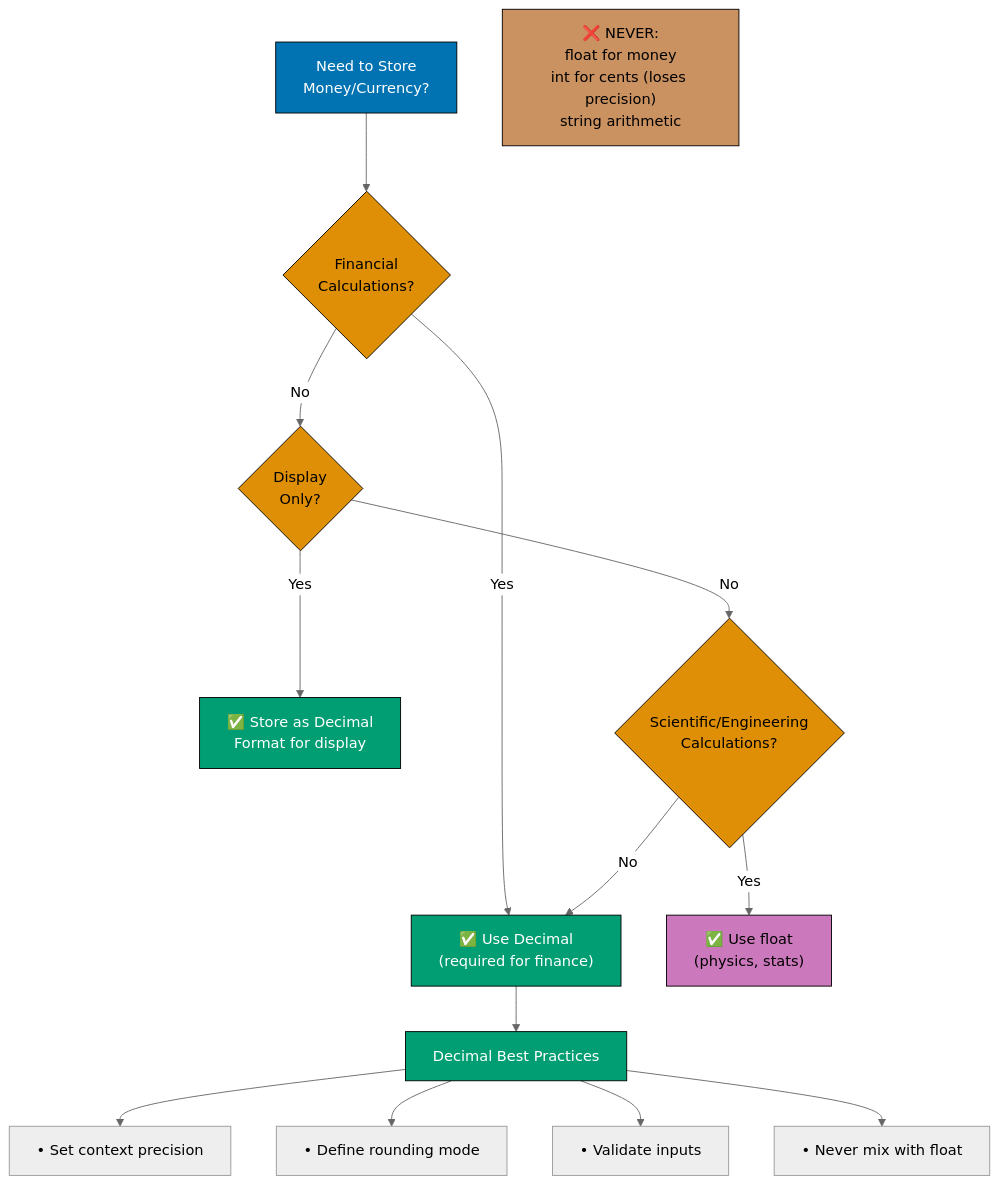
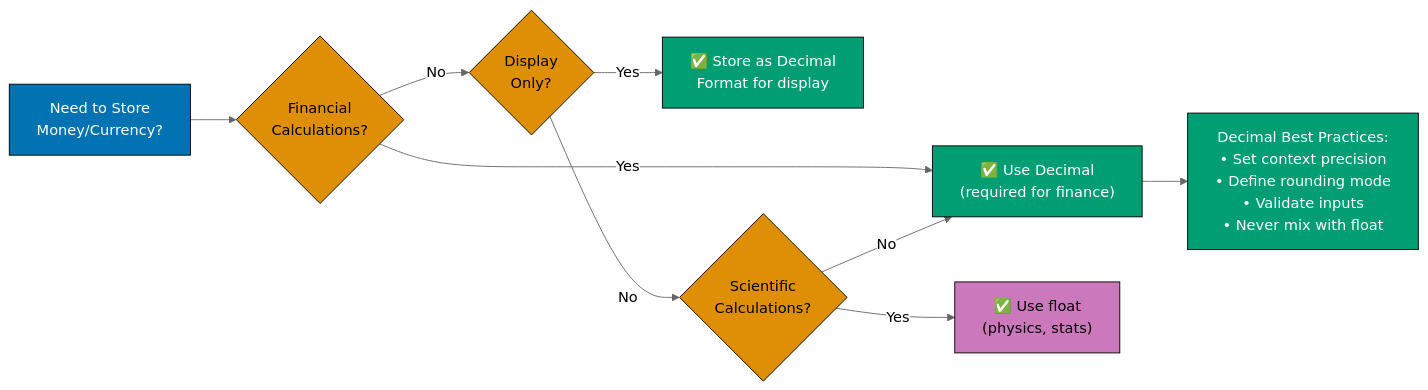
One commit to wahidyankf/open-sharia-enterprise changed the sixth of 6 diagrams in docs/explanation/software-engineering/programming-languages/python/anti-patterns.md. Above: the diagram before and after it, drawn with Mermaid (neutral theme). The commit also changed other lines of this file and 12 other files, not shown here.

First line of the commit message:
fix(docs): fix mermaid violations in python docs

````diff
--- a/docs/explanation/software-engineering/programming-languages/python/anti-patterns.md
+++ b/docs/explanation/software-engineering/programming-languages/python/anti-patterns.md
@@ -2245,30 +2226,24 @@
 ```mermaid
 %% Color Palette: Blue #0173B2, Orange #DE8F05, Teal #029E73, Purple #CC78BC, Brown #CA9161
 %% All colors are color-blind friendly and meet WCAG AA contrast standards
 
-graph TD
+graph LR
     A["Need to Store<br/>Money/Currency?"]:::blue --> B{"Financial<br/>Calculations?"}:::orange
 
     B -->|"Yes"| C["✅ Use Decimal<br/>(required for finance)"]:::teal
     B -->|"No"| D{"Display<br/>Only?"}:::orange
 
     D -->|"Yes"| E["✅ Store as Decimal<br/>Format for display"]:::teal
-    D -->|"No"| F{"Scientific/Engineering<br/>Calculations?"}:::orange
+    D -->|"No"| F{"Scientific<br/>Calculations?"}:::orange
 
     F -->|"Yes"| G["✅ Use float<br/>(physics, stats)"]:::purple
     F -->|"No"| C
 
-    C --> H["Decimal Best Practices"]:::teal
-    H --> H1["• Set context precision"]
-    H --> H2["• Define rounding mode"]
-    H --> H3["• Validate inputs"]
-    H --> H4["• Never mix with float"]
-
-    Note["❌ NEVER:<br/>float for money<br/>int for cents (loses precision)<br/>string arithmetic"]:::brown
+    C --> H["Decimal Best Practices:<br/>• Set context precision<br/>• Define rounding mode<br/>• Validate inputs<br/>• Never mix with float"]:::teal
 
     classDef blue fill:#0173B2,stroke:#000,color:#fff
     classDef orange fill:#DE8F05,stroke:#000,color:#000
     classDef teal fill:#029E73,stroke:#000,color:#fff
     classDef purple fill:#CC78BC,stroke:#000,color:#000
     classDef brown fill:#CA9161,stroke:#000,color:#000
 ```
````
